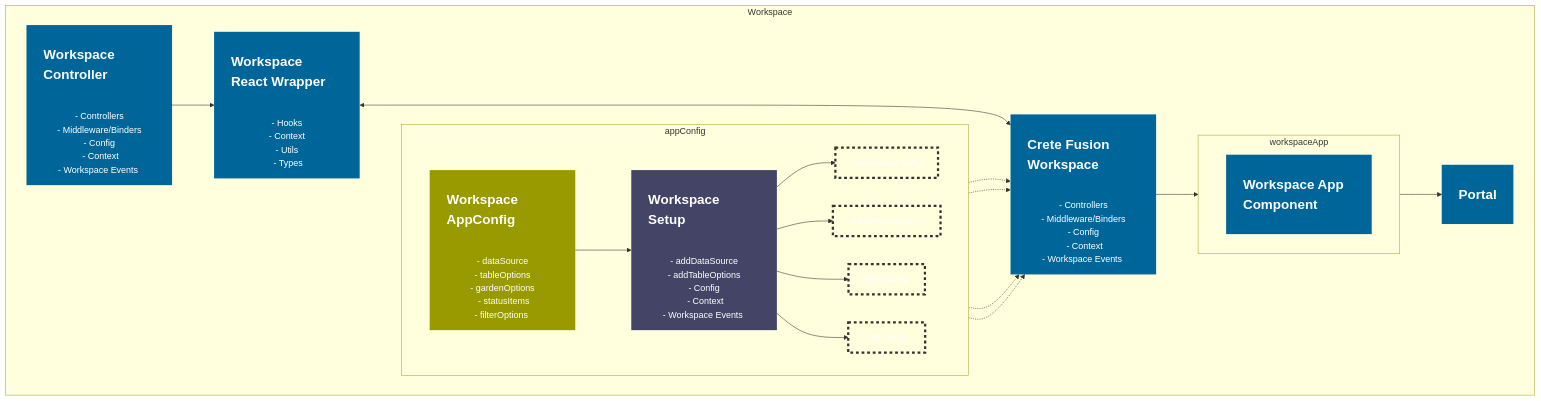
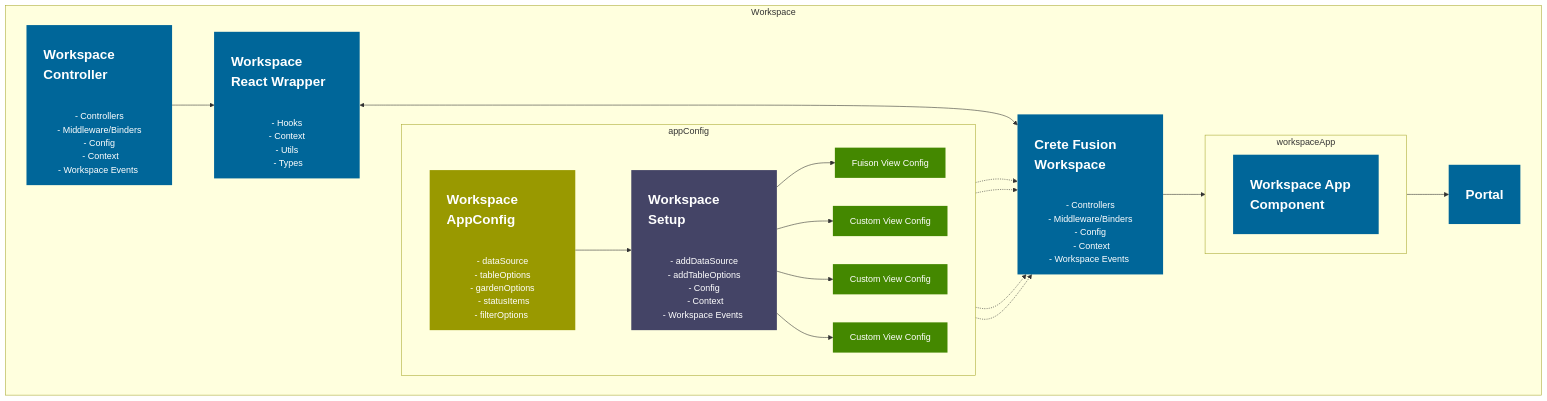
The first of 2 diagrams in documentation/FusionWorkspaceFramework.md (equinor/fusion-workspace), drawn with Mermaid before and after one commit.

Commit message:
[doc]  - diagram fix

````diff
--- a/documentation/FusionWorkspaceFramework.md
+++ b/documentation/FusionWorkspaceFramework.md
@@ -40,61 +40,75 @@
 ```mermaid
 flowchart LR 
     classDef default fill:#0000,stroke:#333,stroke-width:4px,stroke-dasharray: 5 5,text-align:left,color:#fff;
 
     classDef framework fill:#006699,stroke:none,text-align:left;
     classDef app fill:#006699,stroke:none,text-align:left;
     classDef portal fill:#006699,stroke:none,text-align:center;
     classDef appConfig fill:#999900,stroke:none,text-align:left;
     classDef setup fill:#444466,stroke:none,text-align:left;
 
 
     classDef controller fill:#006699,stroke:none,text-align:left;
     classDef config fill:#008899,stroke:none
     classDef viewConfig fill:#448800,stroke:none
     classDef middleware fill:#996666,stroke:none
 
+
+
+
+        fusionViewConfig[Fuison View Config]:::viewConfig
+        customViewConfig[Custom View Config]:::viewConfig
+        filterConfig[Custom View Config]:::viewConfig
+        dataConfig[Custom View Config]:::viewConfig
 
     subgraph Workspace  
         direction LR
 
         portal[<h2>Portal</h2>]:::portal
 
         workspaceAppConfig[<h2>Workspace AppConfig </h2><span><br> - dataSource <br> - tableOptions <br> - gardenOptions <br> - statusItems<br>- filterOptions </span>]:::appConfig
     
         workspaceSetup[<h2>Workspace Setup</h2><span><br> - addDataSource <br> - addTableOptions <br> - Config <br> - Context<br>- Workspace Events </span>]:::setup
     
         createFusionWorkspace[<h2>Crete Fusion Workspace </h2><span><br> - Controllers <br> - Middleware/Binders <br> - Config <br> - Context<br>- Workspace Events </span>]:::controller
     
         workspaceReactWrapper[<h2>Workspace React Wrapper</h2><span><br> - Hooks <br> - Context <br> - Utils <br> - Types<br></span>]:::controller
 
         wc[<h2>Workspace Controller</h2><span><br> - Controllers <br> - Middleware/Binders <br> - Config <br> - Context<br>- Workspace Events </span>]:::controller
 
         subgraph appConfig
             direction LR
             workspaceAppConfig --> workspaceSetup 
             workspaceSetup --> fusionViewConfig
             workspaceSetup --> customViewConfig
             workspaceSetup --> filterConfig
             workspaceSetup --> dataConfig
+
+            
+        fusionViewConfig[Fuison View Config]:::viewConfig
+        customViewConfig[Custom View Config]:::viewConfig
+        filterConfig[Custom View Config]:::viewConfig
+        dataConfig[Custom View Config]:::viewConfig
+   
               
         end
 
         subgraph workspaceApp
             direction LR
             appComponent[<h2>Workspace App Component</h2>]:::app
         end
 
         createFusionWorkspace --> workspaceApp
 
         wc --> workspaceReactWrapper <---> createFusionWorkspace
        
         fusionViewConfig -.-> createFusionWorkspace
         filterConfig -.-> createFusionWorkspace
         dataConfig -.-> createFusionWorkspace 
         customViewConfig -.-> createFusionWorkspace 
     
         workspaceApp --> portal
       
     end
     
 ```
````
